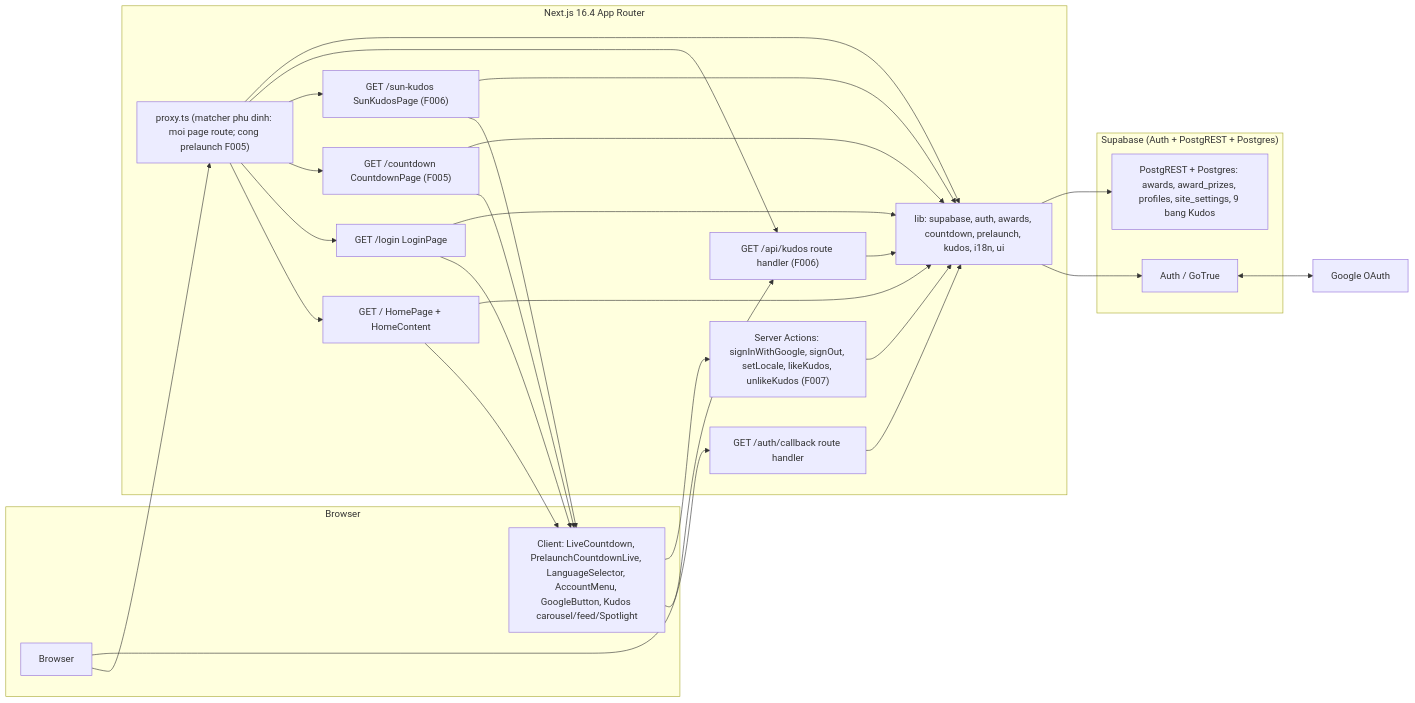
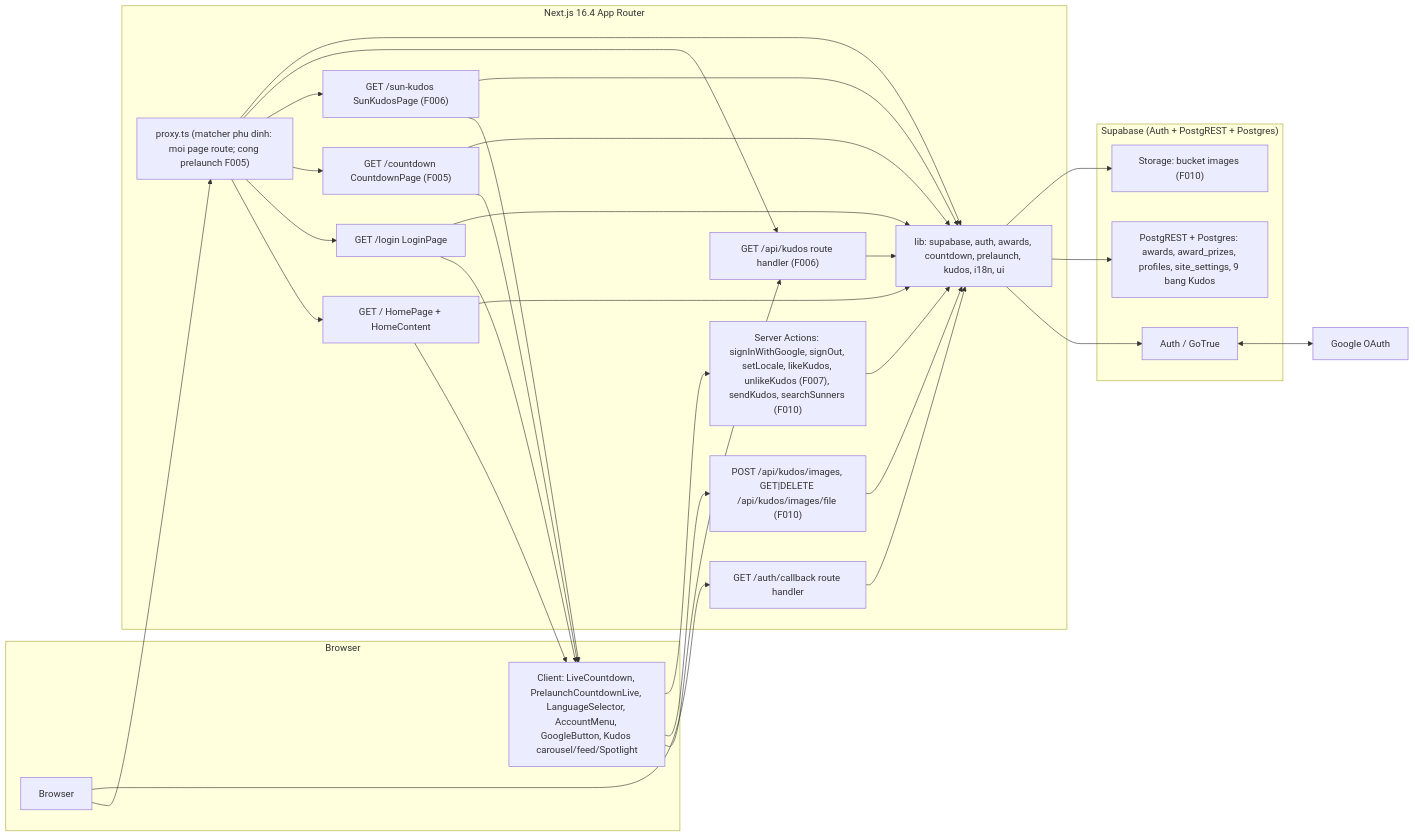
One commit to lannp-3774/agentic-coding-hands-on changed the first of 8 diagrams in docs/system/architecture.md. Above: the diagram before and after it, drawn with Mermaid. The commit also changed other lines of this file and 20 other files, not shown here.

````diff
--- a/docs/system/architecture.md
+++ b/docs/system/architecture.md
@@ -20,48 +20,53 @@
 ```mermaid
 flowchart LR
     subgraph Browser
         B[Browser]
         CD["Client: LiveCountdown, PrelaunchCountdownLive, LanguageSelector, AccountMenu, GoogleButton, Kudos carousel/feed/Spotlight"]
     end
     subgraph "Next.js 16.4 App Router"
         P["proxy.ts (matcher phu dinh: moi page route; cong prelaunch F005)"]
         H["GET / HomePage + HomeContent"]
         L["GET /login LoginPage"]
         CP["GET /countdown CountdownPage (F005)"]
         K["GET /sun-kudos SunKudosPage (F006)"]
         KA["GET /api/kudos route handler (F006)"]
+        KI["POST /api/kudos/images, GET|DELETE /api/kudos/images/file (F010)"]
         CB["GET /auth/callback route handler"]
-        A["Server Actions: signInWithGoogle, signOut, setLocale, likeKudos, unlikeKudos (F007)"]
+        A["Server Actions: signInWithGoogle, signOut, setLocale, likeKudos, unlikeKudos (F007), sendKudos, searchSunners (F010)"]
         LIB["lib: supabase, auth, awards, countdown, prelaunch, kudos, i18n, ui"]
     end
     subgraph "Supabase (Auth + PostgREST + Postgres)"
         G["Auth / GoTrue"]
         R["PostgREST + Postgres: awards, award_prizes, profiles, site_settings, 9 bang Kudos"]
+        ST["Storage: bucket images (F010)"]
     end
     GO[Google OAuth]
 
     B --> P
     P --> H
     P --> L
     P --> CP
     P --> K
     P --> KA
     B --> CB
     H --> CD
     L --> CD
     CP --> CD
     CP --> LIB
     K --> CD
     K --> LIB
     KA --> LIB
+    KI --> LIB
     CD --> KA
+    CD --> KI
     CD --> A
     H --> LIB
     L --> LIB
     A --> LIB
     CB --> LIB
     P --> LIB
     LIB --> G
     LIB --> R
+    LIB --> ST
     G <--> GO
 ```
````
